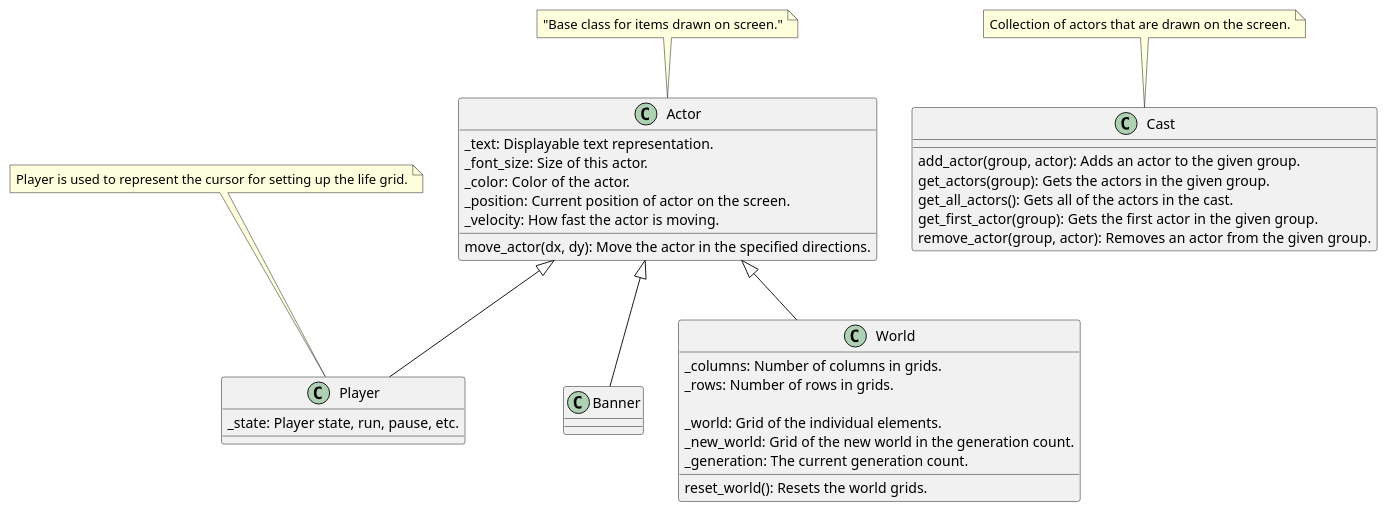
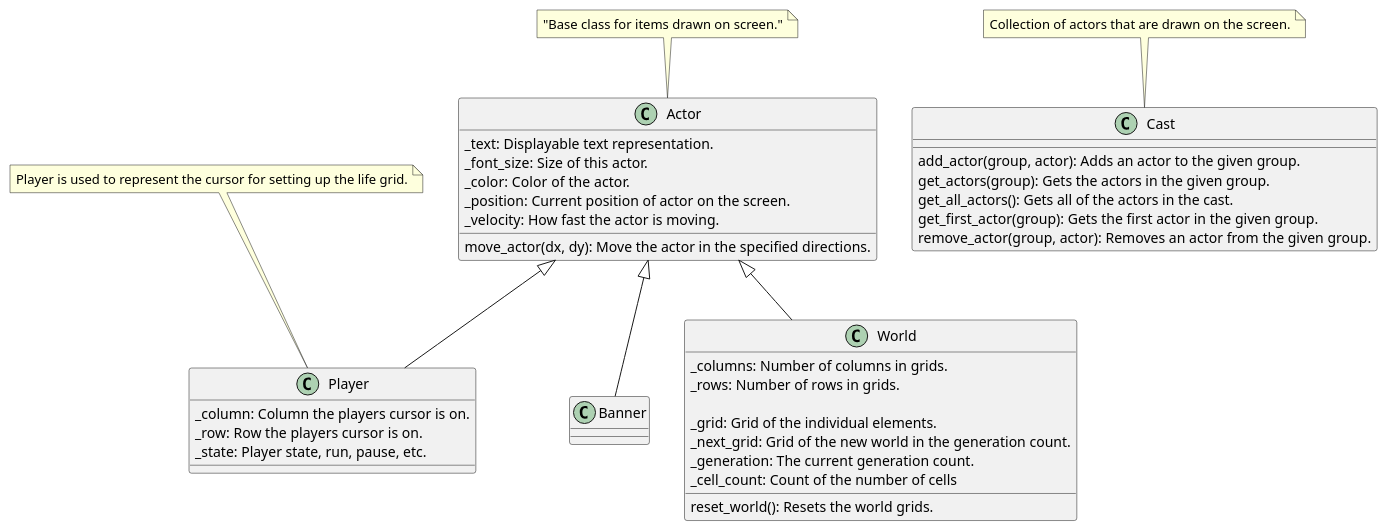
The second of 3 diagrams in class_diagrams.puml (mscottreynolds/cse210-06), drawn with PlantUML before and after one commit. The commit also changed other lines of this file and 13 other files, not shown here.

Commit message:
Cleanup and update class diagrams

```diff
--- a/class_diagrams.puml
+++ b/class_diagrams.puml
@@ -30,45 +30,48 @@
 @startuml Actor-Class
 
 class Actor {
     _text: Displayable text representation.
     _font_size: Size of this actor.
     _color: Color of the actor.
     _position: Current position of actor on the screen.
     _velocity: How fast the actor is moving.
 
     move_actor(dx, dy): Move the actor in the specified directions.
 }
 note top: "Base class for items drawn on screen."
 
 class Banner {
 }
 Actor <|-- Banner
 
 class World {
     _columns: Number of columns in grids.
     _rows: Number of rows in grids.
     
-    _world: Grid of the individual elements.
-    _new_world: Grid of the new world in the generation count.
+    _grid: Grid of the individual elements.
+    _next_grid: Grid of the new world in the generation count.
     _generation: The current generation count.
+    _cell_count: Count of the number of cells
 
   reset_world(): Resets the world grids.
 }
 Actor <|-- World
 
 class Player {
-  _state: Player state, run, pause, etc.
+    _column: Column the players cursor is on.
+    _row: Row the players cursor is on.
+    _state: Player state, run, pause, etc.
 }
 note top: Player is used to represent the cursor for setting up the life grid.
 Actor <|-- Player
 
 class Cast {
     add_actor(group, actor): Adds an actor to the given group.
     get_actors(group): Gets the actors in the given group.
     get_all_actors(): Gets all of the actors in the cast.
     get_first_actor(group): Gets the first actor in the given group.
     remove_actor(group, actor): Removes an actor from the given group.
 }
 note top: Collection of actors that are drawn on the screen.
 
 @enduml
```
